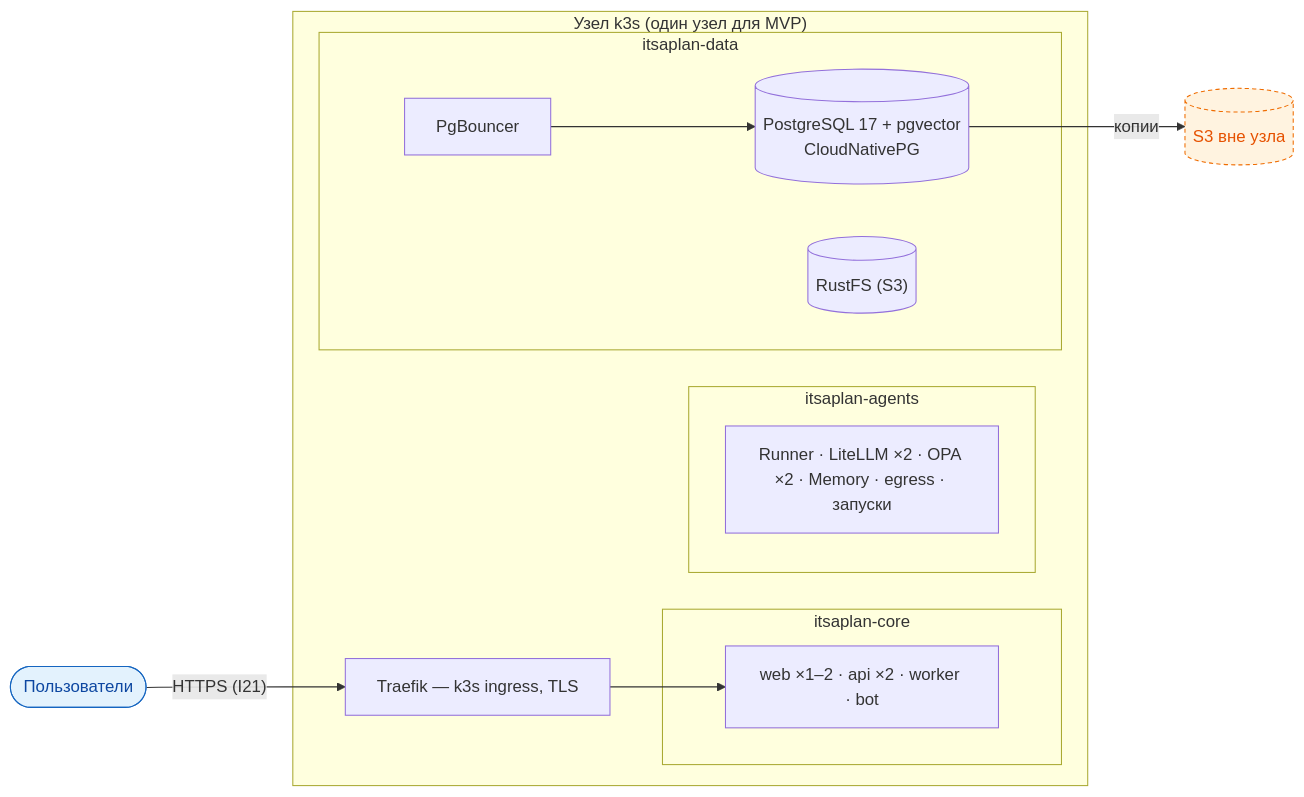
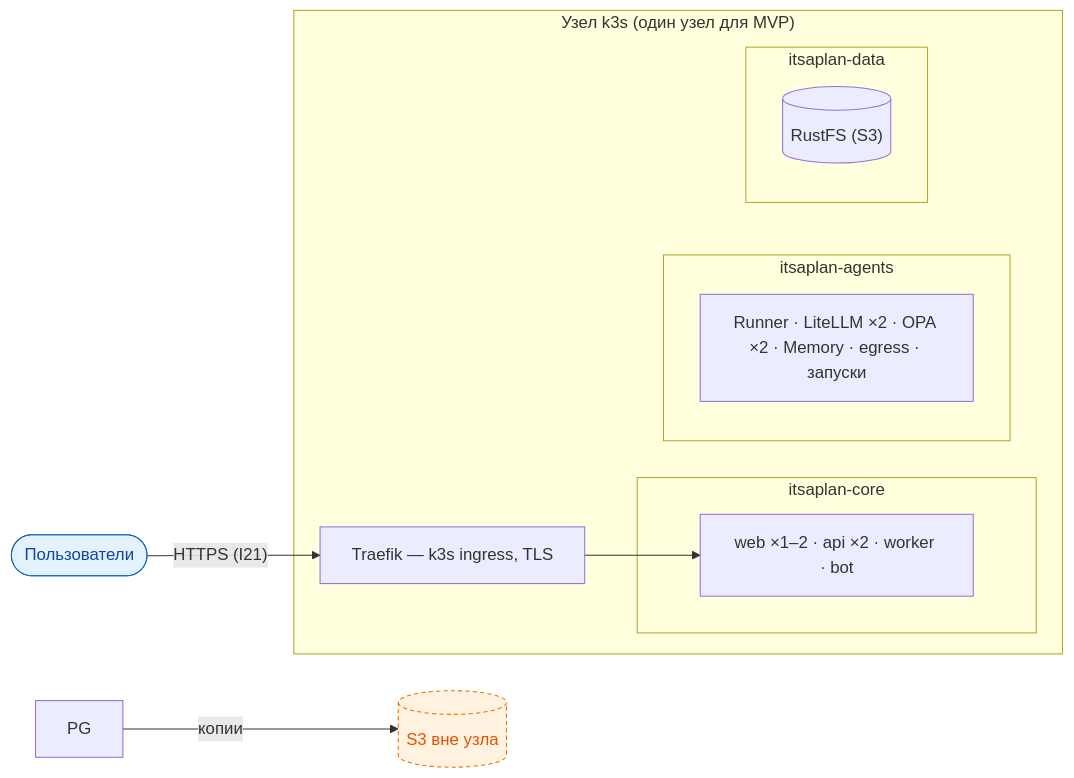
One commit to DemonIngvi/agent-architecture changed the third of 3 diagrams in architecture.md. Above: the diagram before and after it, drawn with Mermaid. The commit also changed 17 other files, not shown here.

First line of the commit message:
Базы данных: кластер → база → схема → роль; D22 — схема на сервис

````diff
--- a/architecture.md
+++ b/architecture.md
@@ -91,21 +91,21 @@
 ```mermaid
 flowchart LR
   classDef user fill:#e3f2fd,stroke:#1565c0,color:#0d47a1
   classDef ext fill:#fff3e0,stroke:#ef6c00,color:#e65100,stroke-dasharray:4 3
   U(["Пользователи"]):::user -->|"HTTPS (I21)"| T["Traefik — k3s ingress, TLS"]
   subgraph K["Узел k3s (один узел для MVP)"]
     T
     subgraph NC["itsaplan-core"]
       W["web ×1–2 · api ×2 · worker · bot"]
     end
     subgraph NA["itsaplan-agents"]
       AG["Runner · LiteLLM ×2 · OPA ×2 · Memory · egress · запуски"]
     end
     subgraph ND["itsaplan-data"]
-      PB["PgBouncer"] --> PG[("PostgreSQL 17 + pgvector<br/>CloudNativePG")]
+      %% databases — генерируется из datamodel.DATABASES (D22)
       RF[("RustFS (S3)")]
     end
     T --> W
   end
   PG -->|"копии"| S3[("S3 вне узла")]:::ext
 ```
````
